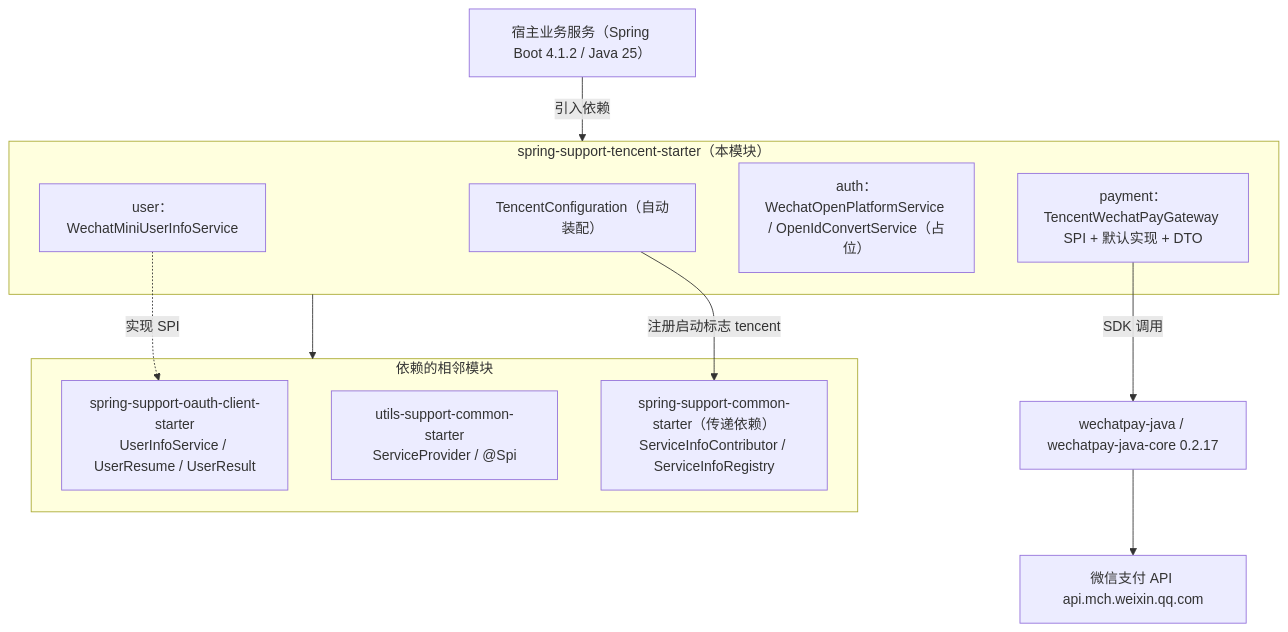
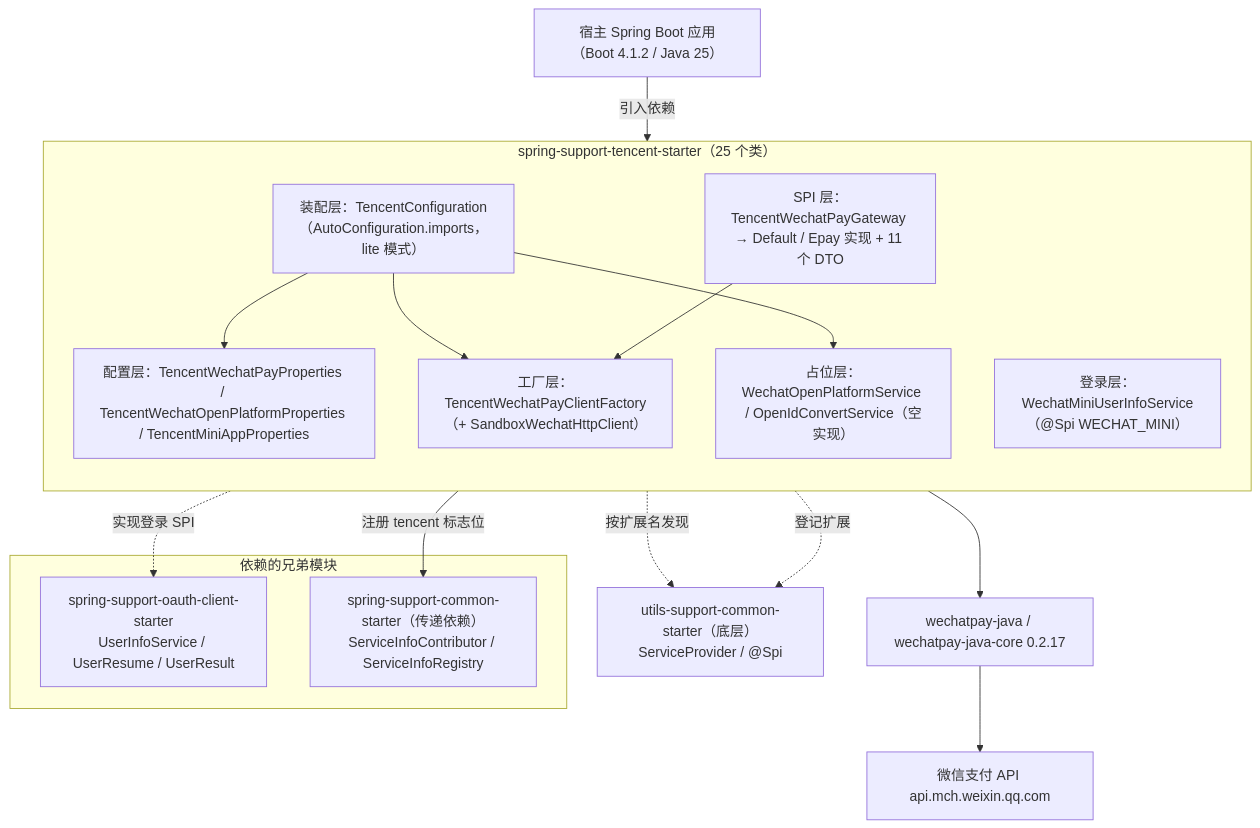
The first of 2 diagrams in spring-support-tencent-starter/README.md (CHTK001/spring-support-parent-starter), drawn with Mermaid before and after one commit. The commit also changed other lines of this file and 54 other files, not shown here.

````diff
--- a/spring-support-tencent-starter/README.md
+++ b/spring-support-tencent-starter/README.md
@@ -19,27 +7,34 @@
 ```mermaid
 flowchart TB
-    HOST["宿主业务服务（Spring Boot 4.1.2 / Java 25）"]
+    HOST["宿主 Spring Boot 应用（Boot 4.1.2 / Java 25）"]
 
-    subgraph TENCENT["spring-support-tencent-starter（本模块）"]
-        AUTO["TencentConfiguration（自动装配）"]
-        PAY["payment：TencentWechatPayGateway SPI + 默认实现 + DTO"]
-        AUTH["auth：WechatOpenPlatformService / OpenIdConvertService（占位）"]
-        USER["user：WechatMiniUserInfoService"]
+    subgraph MOD["spring-support-tencent-starter（25 个类）"]
+        direction TB
+        AUTO["装配层：TencentConfiguration（AutoConfiguration.imports，lite 模式）"]
+        PROPS["配置层：TencentWechatPayProperties / TencentWechatOpenPlatformProperties / TencentMiniAppProperties"]
+        FACT["工厂层：TencentWechatPayClientFactory（+ SandboxWechatHttpClient）"]
+        SPI["SPI 层：TencentWechatPayGateway → Default / Epay 实现 + 11 个 DTO"]
+        USER["登录层：WechatMiniUserInfoService（@Spi WECHAT_MINI）"]
+        AUTH["占位层：WechatOpenPlatformService / OpenIdConvertService（空实现）"]
     end
 
-    subgraph DEPS["依赖的相邻模块"]
+    subgraph SIB["依赖的兄弟模块"]
         OAUTH["spring-support-oauth-client-starter<br/>UserInfoService / UserResume / UserResult"]
-        UTILS["utils-support-common-starter<br/>ServiceProvider / @Spi"]
-        SCOMMON["spring-support-common-starter（传递依赖）<br/>ServiceInfoContributor / ServiceInfoRegistry"]
+        COMMON["spring-support-common-starter（传递依赖）<br/>ServiceInfoContributor / ServiceInfoRegistry"]
     end
 
+    UTILS["utils-support-common-starter（底层）<br/>ServiceProvider / @Spi"]
     SDK["wechatpay-java / wechatpay-java-core 0.2.17"]
     WX["微信支付 API api.mch.weixin.qq.com"]
 
-    HOST -->|"引入依赖"| TENCENT
-    TENCENT --> DEPS
-    PAY -->|"SDK 调用"| SDK
-    SDK --> WX
-    USER -.->|"实现 SPI"| OAUTH
-    AUTO -->|"注册启动标志 tencent"| SCOMMON
+    HOST -->|引入依赖| MOD
+    AUTO --> PROPS
+    AUTO --> FACT
+    AUTO --> AUTH
+    SPI --> FACT
+    FACT --> SDK --> WX
+    USER -.->|实现登录 SPI| OAUTH
+    AUTO -->|注册 tencent 标志位| COMMON
+    SPI -.->|按扩展名发现| UTILS
+    USER -.->|登记扩展| UTILS
 ```
````
